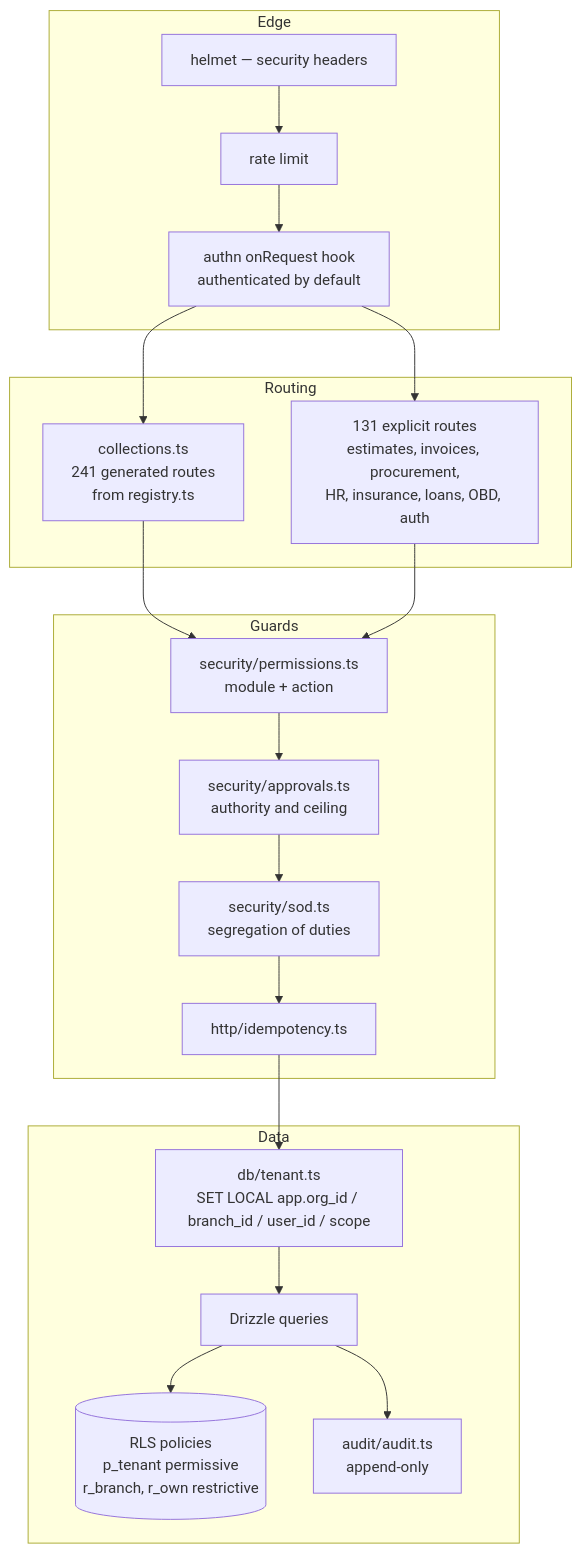
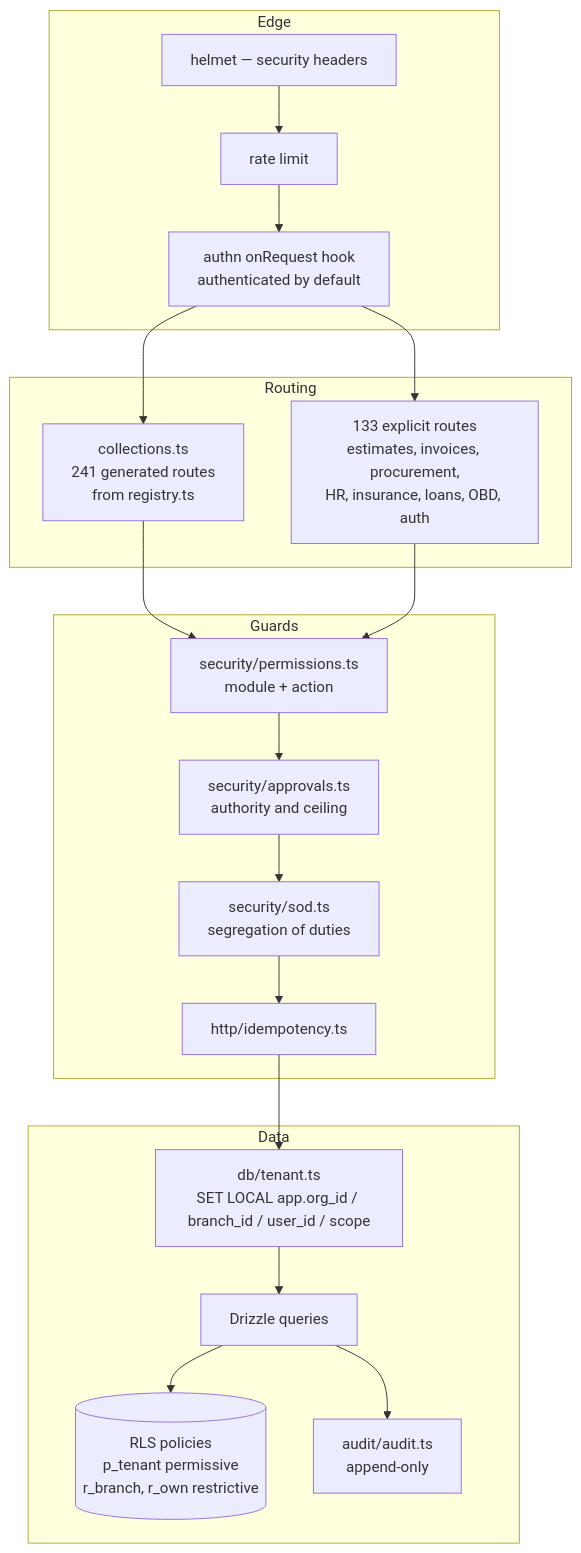
One commit to tazamohd/SlClNe changed the third of 4 diagrams in docs/15_C4_ARCHITECTURE_DIAGRAMS/C4_MODEL.md. Above: the diagram before and after it, drawn with Mermaid. The commit also changed other lines of this file and 67 other files, not shown here.

````diff
--- a/docs/15_C4_ARCHITECTURE_DIAGRAMS/C4_MODEL.md
+++ b/docs/15_C4_ARCHITECTURE_DIAGRAMS/C4_MODEL.md
@@ -60,29 +60,29 @@
 ```mermaid
 flowchart TB
   subgraph edge[Edge]
     helmet["helmet — security headers"]
     rl["rate limit"]
     authn["authn onRequest hook<br/>authenticated by default"]
   end
   subgraph routing[Routing]
     generic["collections.ts<br/>241 generated routes<br/>from registry.ts"]
-    explicit["131 explicit routes<br/>estimates, invoices, procurement,<br/>HR, insurance, loans, OBD, auth"]
+    explicit["133 explicit routes<br/>estimates, invoices, procurement,<br/>HR, insurance, loans, OBD, auth"]
   end
   subgraph guards[Guards]
     perms["security/permissions.ts<br/>module + action"]
     approvals["security/approvals.ts<br/>authority and ceiling"]
     sod["security/sod.ts<br/>segregation of duties"]
     idem["http/idempotency.ts"]
   end
   subgraph data[Data]
     tenant["db/tenant.ts<br/>SET LOCAL app.org_id / branch_id / user_id / scope"]
     drizzle["Drizzle queries"]
     rls[("RLS policies<br/>p_tenant permissive<br/>r_branch, r_own restrictive")]
     audit["audit/audit.ts<br/>append-only"]
   end
   helmet --> rl --> authn --> generic
   authn --> explicit
   generic --> perms
   explicit --> perms --> approvals --> sod --> idem --> tenant --> drizzle --> rls
   drizzle --> audit
 ```
````
